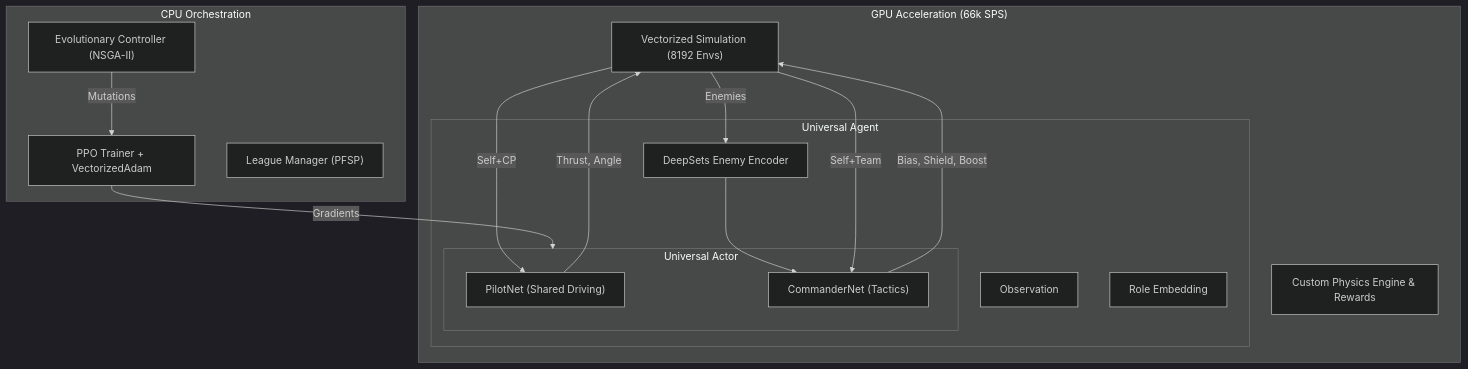
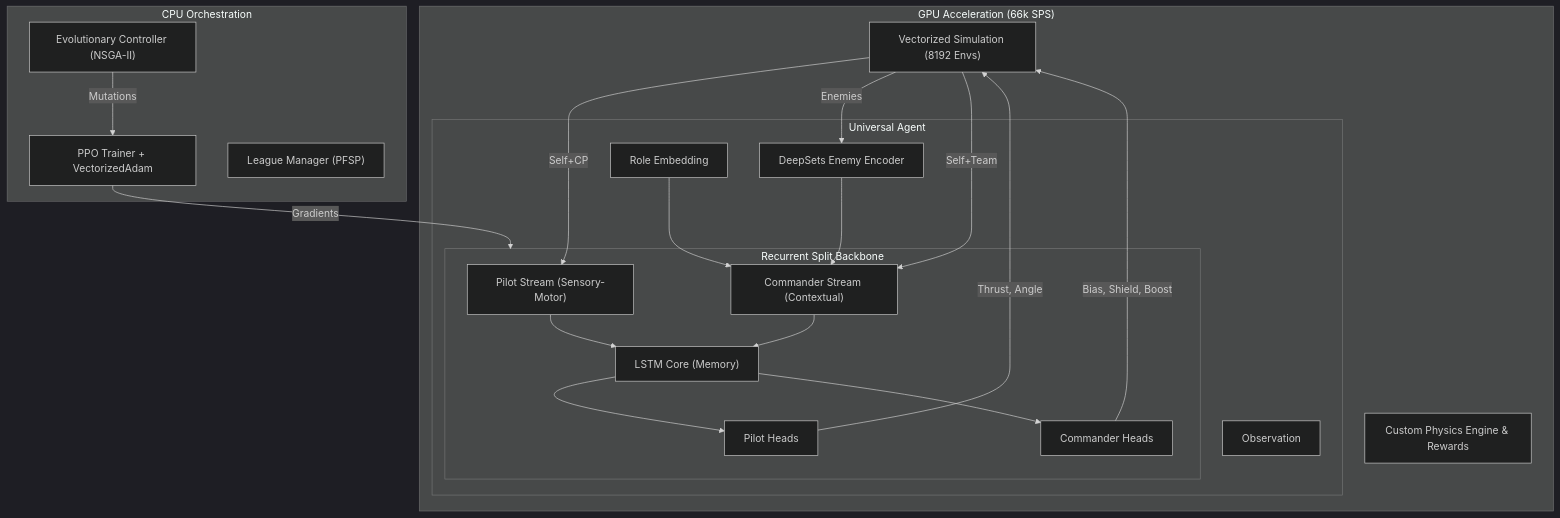
The diagram in docs/architecture.md (Vietnoirien/Sebulba-s-Legacy), drawn with Mermaid (dark theme) before and after one commit. The commit also changed other lines of this file and 2 other files, not shown here.

Commit message:
feat: Implement recurrent split backbone agent architecture, add 'Intercept' training stage, and clean up stage-specific data.

````diff
--- a/docs/architecture.md
+++ b/docs/architecture.md
@@ -8,36 +8,48 @@
 ```mermaid
 graph TD
     subgraph GPU_ACC ["GPU Acceleration (66k SPS)"]
         sim_vec["Vectorized Simulation (8192 Envs)"]
         physics_eng["Custom Physics Engine & Rewards"]
         
         subgraph agent_model ["Universal Agent"]
             obs_input["Observation"]
-            role_emb["Role Embedding"]
             
-            subgraph unified_brain ["Universal Actor"]
-                pilot_net["PilotNet (Shared Driving)"]
-                commander_net["CommanderNet (Tactics)"]
+            subgraph unified_brain ["Recurrent Split Backbone"]
+                pilot_feat["Pilot Stream (Sensory-Motor)"]
+                cmd_feat["Commander Stream (Contextual)"]
+                
+                lstm_core["LSTM Core (Memory)"]
+                
+                pilot_heads["Pilot Heads"]
+                cmd_heads["Commander Heads"]
             end
             
             enemy_encoder["DeepSets Enemy Encoder"]
+            role_emb["Role Embedding"]
         end
     end
     
     subgraph CPU_ORCH ["CPU Orchestration"]
         ppo_trainer["PPO Trainer + VectorizedAdam"]
         ga_ctrl["Evolutionary Controller (NSGA-II)"]
         league_mgr["League Manager (PFSP)"]
     end
     
-    sim_vec -- "Self+CP" --> pilot_net
+    sim_vec -- "Self+CP" --> pilot_feat
     sim_vec -- "Enemies" --> enemy_encoder 
-    enemy_encoder --> commander_net
-    sim_vec -- "Self+Team" --> commander_net
+    enemy_encoder --> cmd_feat
+    sim_vec -- "Self+Team" --> cmd_feat
+    role_emb --> cmd_feat
     
-    pilot_net -- "Thrust, Angle" --> sim_vec
-    commander_net -- "Bias, Shield, Boost" --> sim_vec
+    pilot_feat --> lstm_core
+    cmd_feat --> lstm_core
+    
+    lstm_core --> pilot_heads
+    lstm_core --> cmd_heads
+    
+    pilot_heads -- "Thrust, Angle" --> sim_vec
+    cmd_heads -- "Bias, Shield, Boost" --> sim_vec
     
     ppo_trainer -- "Gradients" --> unified_brain
     ga_ctrl -- "Mutations" --> ppo_trainer
 ```
````
